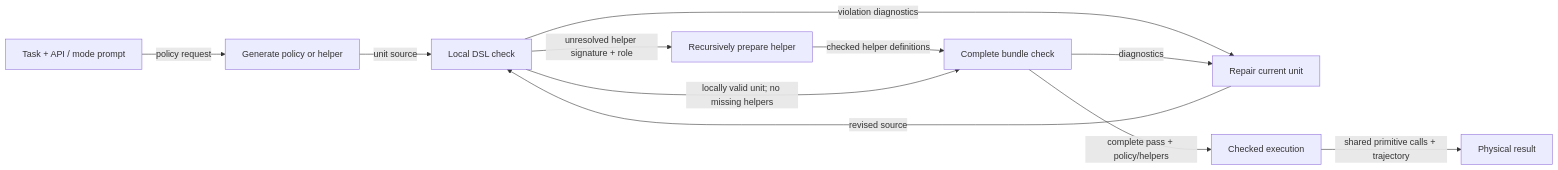
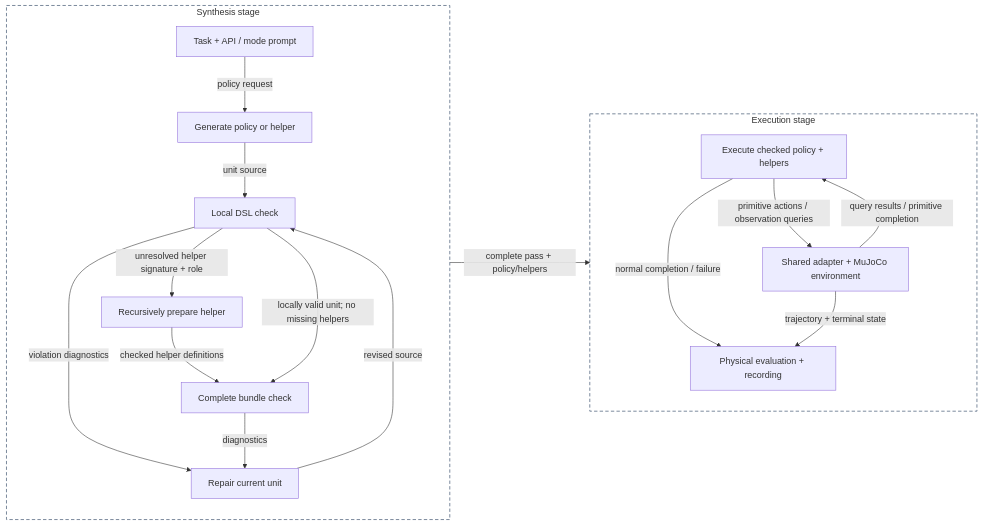
One commit to RU-Automated-Reasoning-Group/RoboVerify changed the second of 3 diagrams in roboverify/synthesis/cap/docs/progress_report_Oct15-19.md. Above: the diagram before and after it, drawn with Mermaid. The commit also changed other lines of this file, not shown here.

Commit message:
docs(cap): show policy environment feedback and stage boundaries

````diff
--- a/roboverify/synthesis/cap/docs/progress_report_Oct15-19.md
+++ b/roboverify/synthesis/cap/docs/progress_report_Oct15-19.md
@@ -103,13 +119,24 @@
 ```mermaid
 flowchart LR
-    I["Task + API / mode prompt"] -->|"policy request"| G["Generate policy or helper"]
-    G -->|"unit source"| L["Local DSL check"]
-    L -->|"violation diagnostics"| R["Repair current unit"]
-    R -->|"revised source"| L
-    L -->|"unresolved helper signature + role"| H["Recursively prepare helper"]
-    H -->|"checked helper definitions"| C["Complete bundle check"]
-    L -->|"locally valid unit; no missing helpers"| C
-    C -->|"diagnostics"| R
-    C -->|"complete pass + policy/helpers"| E["Checked execution"]
-    E -->|"shared primitive calls + trajectory"| S["Physical result"]
+    subgraph SYN["Synthesis stage"]
+        direction TB
+        I["Task + API / mode prompt"] -->|"policy request"| G["Generate policy or helper"]
+        G -->|"unit source"| L["Local DSL check"]
+        L -->|"violation diagnostics"| R["Repair current unit"]
+        R -->|"revised source"| L
+        L -->|"unresolved helper signature + role"| H["Recursively prepare helper"]
+        H -->|"checked helper definitions"| C["Complete bundle check"]
+        L -->|"locally valid unit; no missing helpers"| C
+        C -->|"diagnostics"| R
+    end
+    subgraph RUN["Execution stage"]
+        direction TB
+        E["Execute checked policy + helpers"] -->|"primitive actions / observation queries"| ENV["Shared adapter + MuJoCo environment"]
+        ENV -->|"query results / primitive completion"| E
+        E -->|"normal completion / failure"| OUT["Physical evaluation + recording"]
+        ENV -->|"trajectory + terminal state"| OUT
+    end
+    C -->|"complete pass + policy/helpers"| E
+    style SYN fill:none,stroke:#64748b,stroke-width:1.5px,stroke-dasharray:6 4
+    style RUN fill:none,stroke:#64748b,stroke-width:1.5px,stroke-dasharray:6 4
 ```
````
